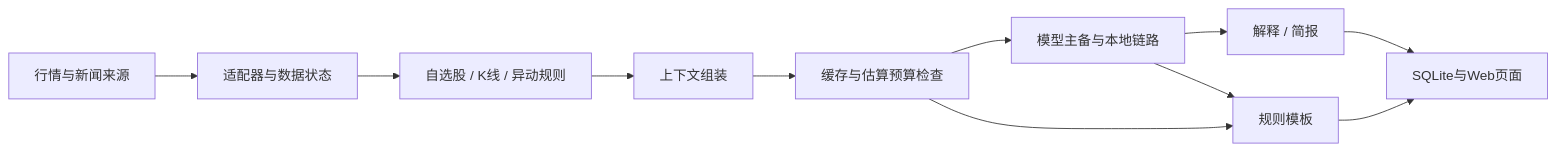
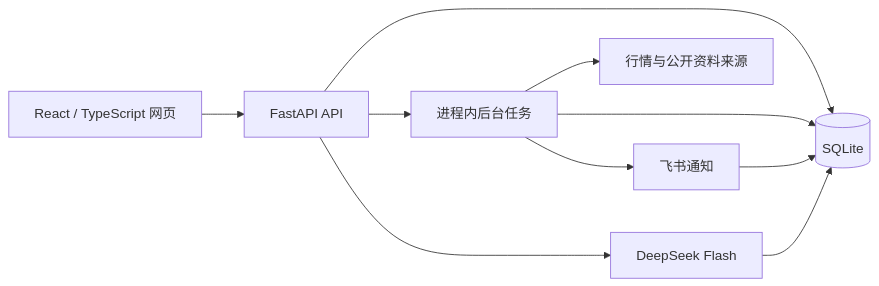
Before and after one commit to vv510-ai/alphaproject-ai-research: the diagram in README.md, drawn with Mermaid. The commit also changed other lines of this file and 373 other files, not shown here.

Commit message:
Publish unified AlphaProject source with complete setup and architecture README

````diff
--- a/README.md
+++ b/README.md
@@ -17,13 +35,12 @@
 ```mermaid
 flowchart LR
-  A[行情与新闻来源] --> B[适配器与数据状态]
-  B --> C[自选股 / K线 / 异动规则]
-  C --> D[上下文组装]
-  D --> E[缓存与估算预算检查]
-  E --> F[模型主备与本地链路]
-  F --> G[解释 / 简报]
-  E --> H[规则模板]
-  F --> H
-  G --> I[SQLite与Web页面]
-  H --> I
+    UI[React / TypeScript 网页] --> API[FastAPI API]
+    API --> DB[(SQLite)]
+    API --> JOBS[进程内后台任务]
+    JOBS --> MARKET[行情与公开资料来源]
+    JOBS --> DB
+    API --> AI[DeepSeek Flash]
+    JOBS --> FEISHU[飞书通知]
+    AI --> DB
+    FEISHU --> DB
 ```
````
